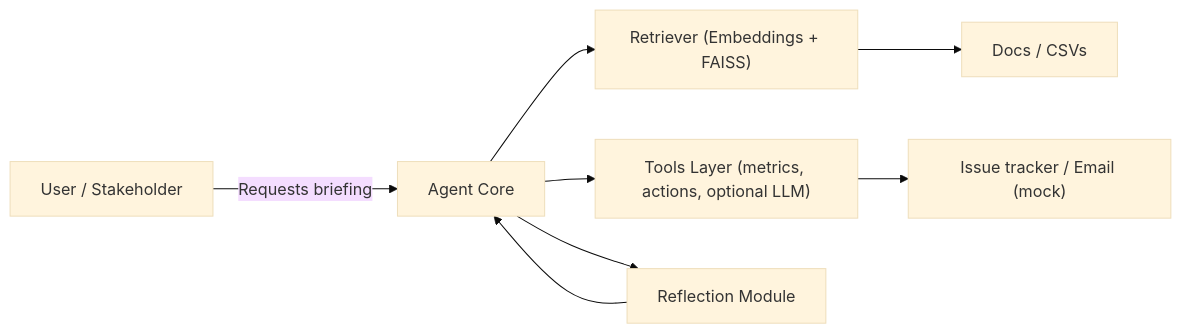
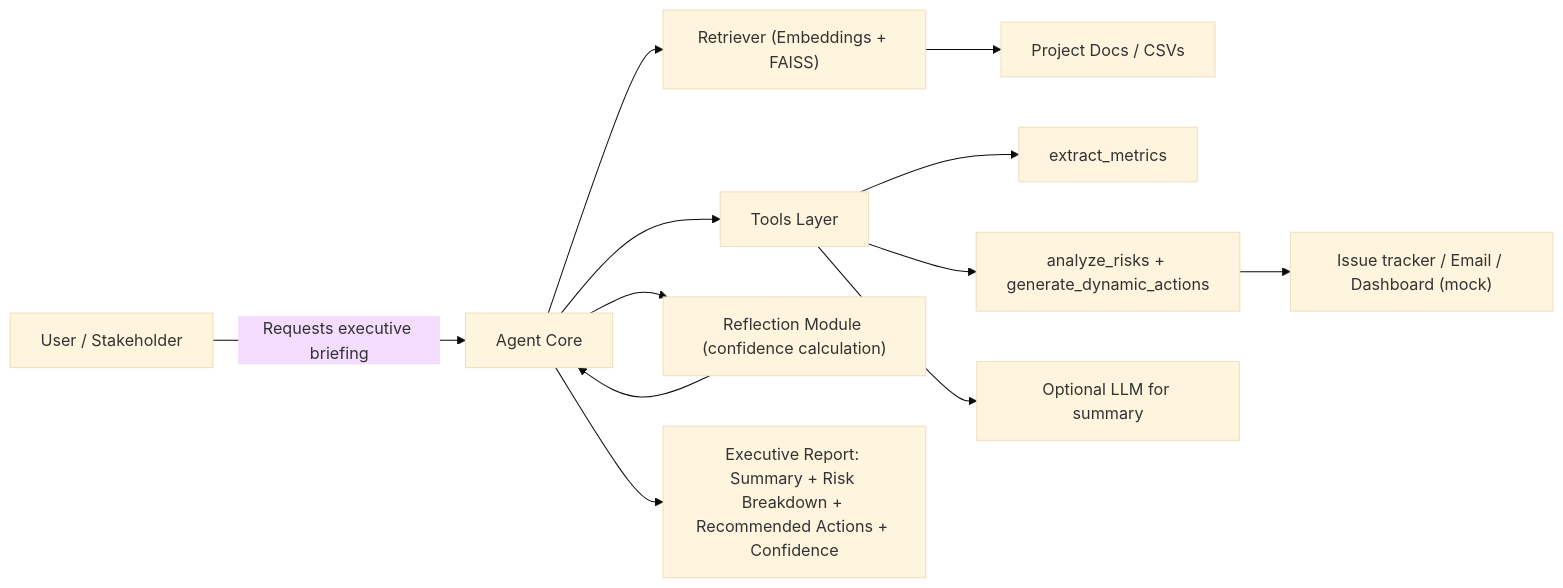
One commit to jonathanovallle/business-briefing-agent changed the diagram in architecture.mmd. Above: the diagram before and after it, drawn with Mermaid (base theme). The commit also changed 1 other file, not shown here.

```diff
--- a/architecture.mmd
+++ b/architecture.mmd
@@ -1,8 +1,12 @@
 flowchart LR
-  U["User / Stakeholder"] -->|Requests briefing| Agent["Agent Core"]
+  U["User / Stakeholder"] -->|Requests executive briefing| Agent["Agent Core"]
   Agent --> Retriever["Retriever (Embeddings + FAISS)"]
-  Retriever --> DataStore["Docs / CSVs"]
-  Agent --> Tools["Tools Layer (metrics, actions, optional LLM)"]
-  Tools --> External["Issue tracker / Email (mock)"]
-  Agent --> Reflection["Reflection Module"]
+  Retriever --> DataStore["Project Docs / CSVs"]
+  Agent --> Tools["Tools Layer"]
+  Tools --> Metrics["extract_metrics"]
+  Tools --> RiskActions["analyze_risks + generate_dynamic_actions"]
+  Tools --> LLM["Optional LLM for summary"]
+  RiskActions --> External["Issue tracker / Email / Dashboard (mock)"]
+  Agent --> Reflection["Reflection Module (confidence calculation)"]
   Reflection --> Agent
+  Agent --> Output["Executive Report: Summary + Risk Breakdown + Recommended Actions + Confidence"]
```
